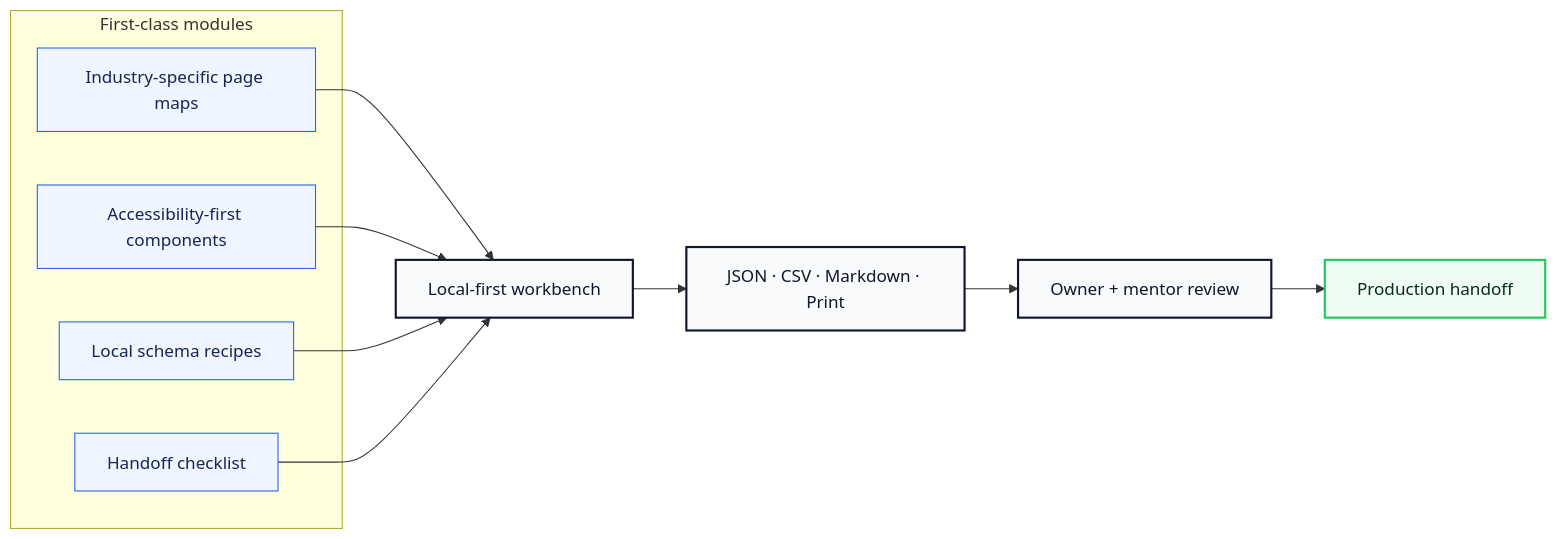
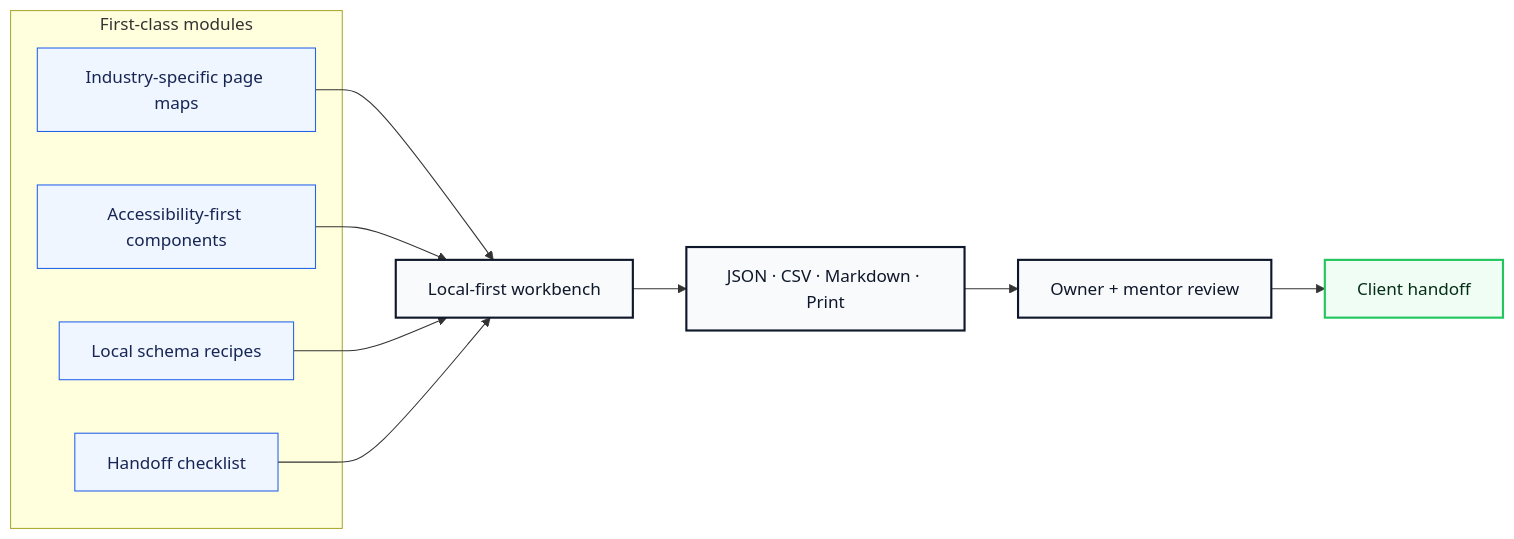
The second of 3 diagrams in README.md (volta-npo/micro-site-launchpad), drawn with Mermaid before and after one commit. The commit also changed other lines of this file and 32 other files, not shown here.

````diff
--- a/README.md
+++ b/README.md
@@ -64,23 +64,23 @@
 ```mermaid
 flowchart LR
     subgraph Modules["First-class modules"]
         M1["Industry-specific page maps"]
         M2["Accessibility-first components"]
         M3["Local schema recipes"]
         M4["Handoff checklist"]
     end
     M1 --> Workbench
     M2 --> Workbench
     M3 --> Workbench
     M4 --> Workbench
     Workbench["Local-first workbench"] --> Exports["JSON · CSV · Markdown · Print"]
     Exports --> Review["Owner + mentor review"]
-    Review --> Launch["Production handoff"]
+    Review --> Launch["Client handoff"]
 
     classDef module fill:#eff6ff,stroke:#2563eb,color:#172554;
     classDef app fill:#f8fafc,stroke:#0f172a,color:#0f172a,stroke-width:2px;
     classDef launch fill:#f0fdf4,stroke:#22c55e,color:#052e16,stroke-width:2px;
     class M1,M2,M3,M4 module;
     class Workbench,Exports,Review app;
     class Launch launch;
 ```
````
